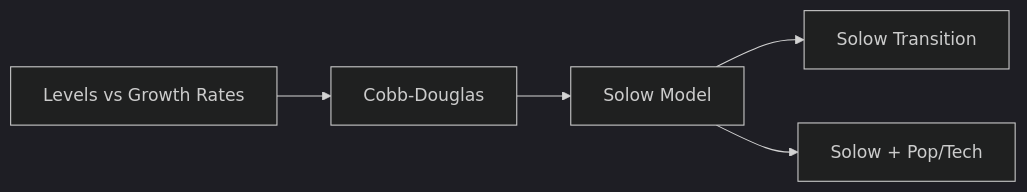
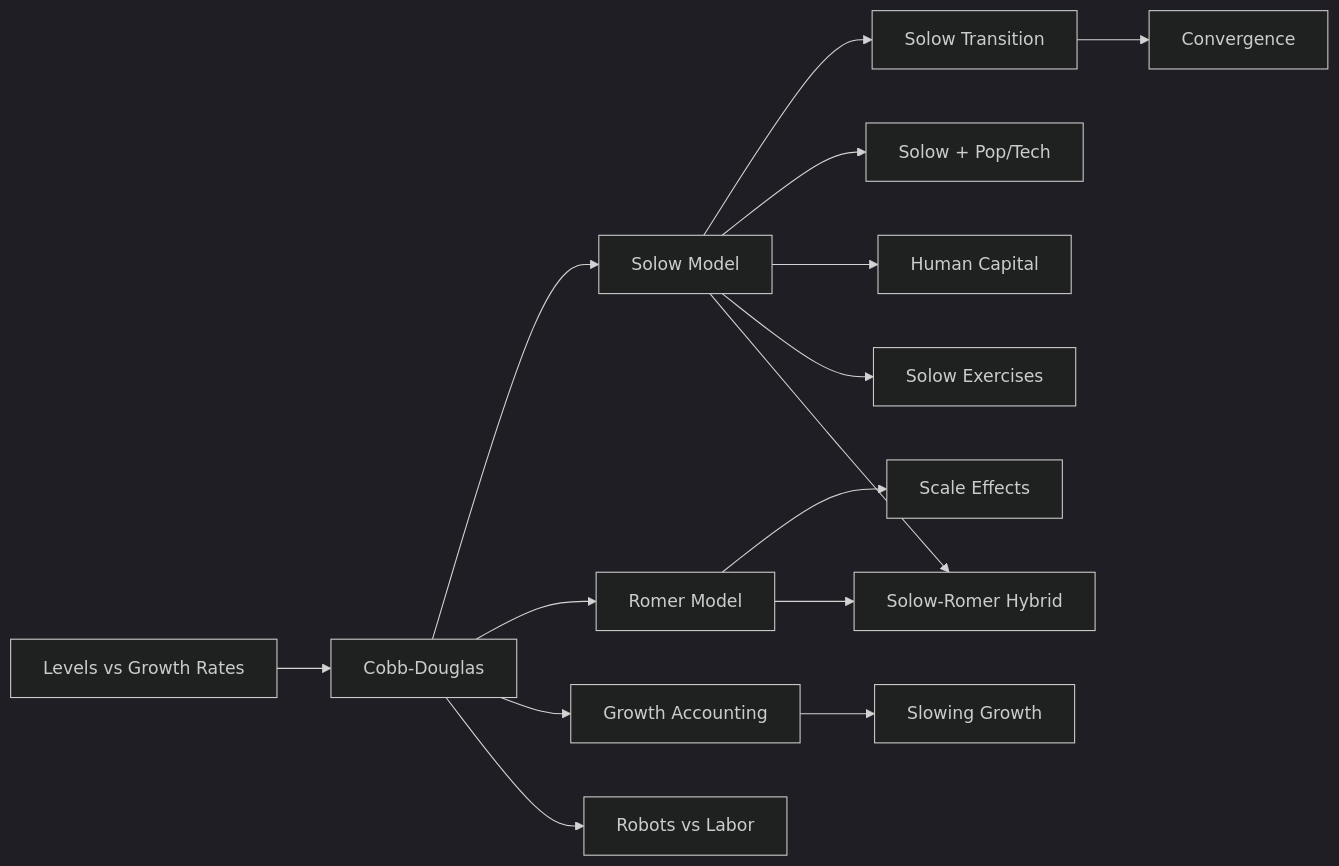
The diagram in tracks/growth.qmd (ajaiupadhyaya/intmacro), drawn with Mermaid (dark theme) before and after one commit. The commit also changed other lines of this file and 30 other files, not shown here.

````diff
--- a/tracks/growth.qmd
+++ b/tracks/growth.qmd
@@ -7,11 +8,31 @@
 ```{mermaid}
 graph LR
   FG[Levels vs Growth Rates] --> CD[Cobb-Douglas]
   CD --> SI[Solow Model]
   SI --> ST[Solow Transition]
   SI --> SP[Solow + Pop/Tech]
+  SI --> HC[Human Capital]
+  ST --> CV[Convergence]
+  SI --> SX[Solow Exercises]
+  CD --> RM[Romer Model]
+  RM --> SE[Scale Effects]
+  RM --> HY[Solow-Romer Hybrid]
+  SI --> HY
+  CD --> GA[Growth Accounting]
+  GA --> SG[Slowing Growth]
+  CD --> RB[Robots vs Labor]
   click FG "../content/foundations_growth.html"
   click CD "../content/cobb_d_prod.html"
   click SI "../content/solow_intro.html"
   click ST "../content/solow_transition.html"
+  click SP "../content/solow_pop&_tech_growth.html"
+  click HC "../content/humancapital.html"
+  click CV "../content/convergence_hypo.html"
+  click SX "../content/solow_model.html"
+  click RM "../content/romer_model.html"
+  click SE "../content/scale_effects.html"
+  click HY "../content/hybrid_model.html"
+  click GA "../content/growth_acc.html"
+  click SG "../content/slowinggrowth.html"
+  click RB "../content/robots.html"
 ```
````
